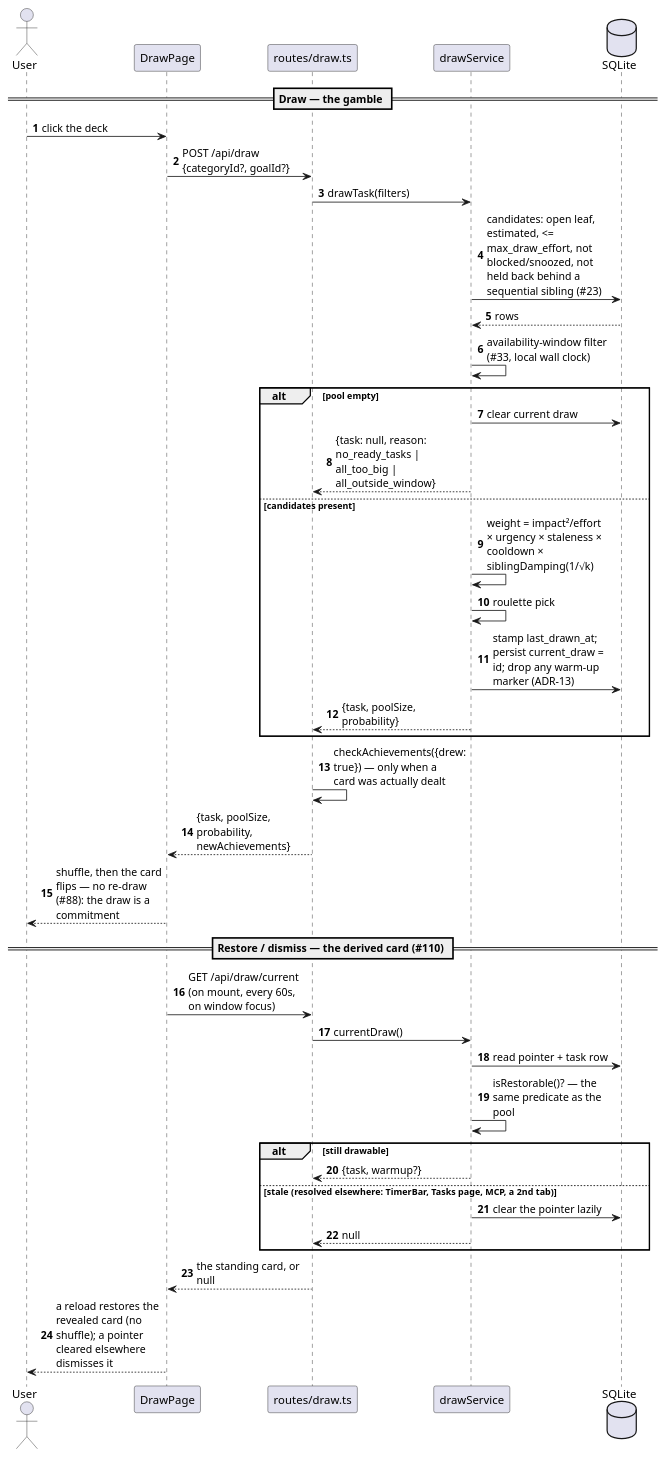
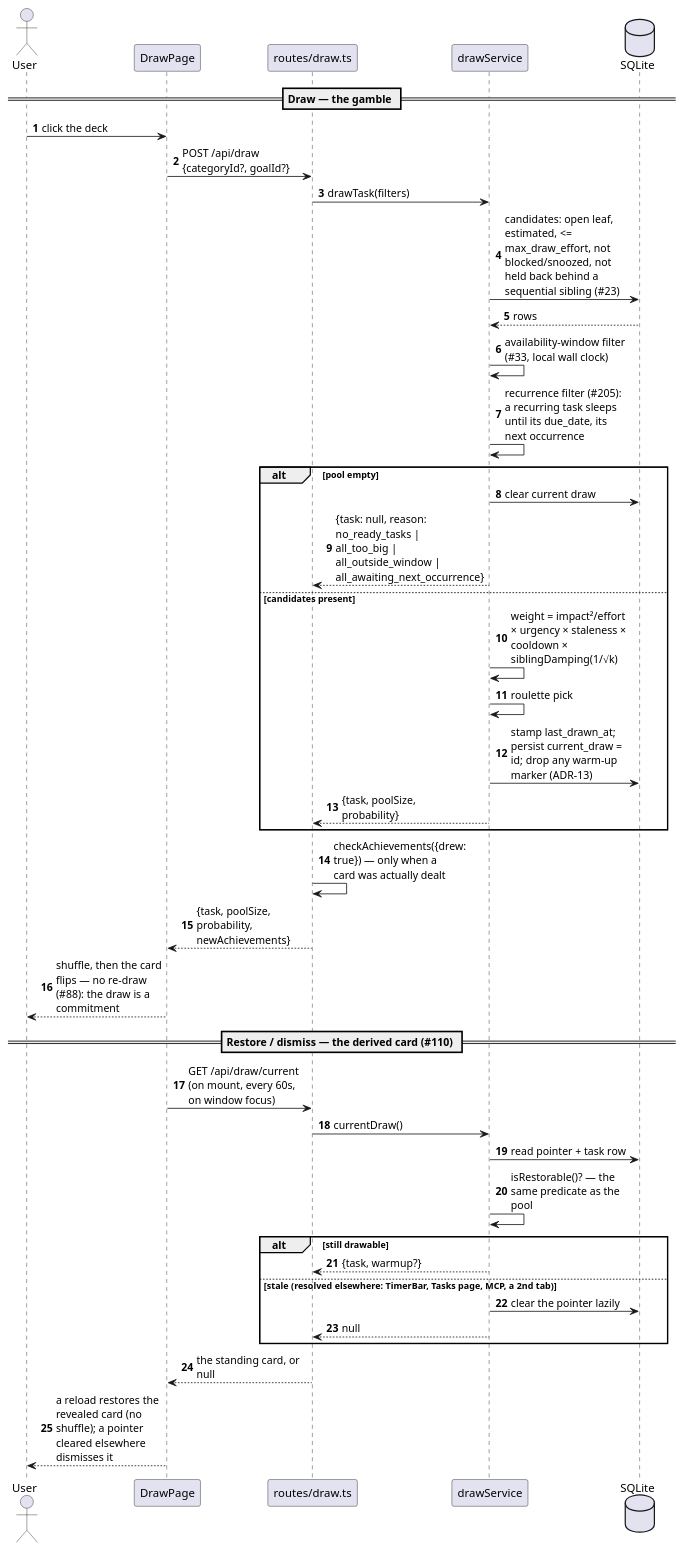
Before and after one commit to FelixGeisler/draw: the first of 3 diagrams in docs/modules/ROOT/pages/06_runtime_view.adoc, drawn with PlantUML. The commit also changed other lines of this file and 5 other files, not shown here.

```diff
--- a/docs/modules/ROOT/pages/06_runtime_view.adoc
+++ b/docs/modules/ROOT/pages/06_runtime_view.adoc
@@ -5,49 +5,50 @@
 [plantuml,runtime-draw,svg]
 ....
 @startuml
 skinparam shadowing false
 skinparam maxMessageSize 150
 skinparam sequenceMessageAlign left
 autonumber
 
 actor User
 participant "DrawPage" as UI
 participant "routes/draw.ts" as Route
 participant "drawService" as Draw
 database "SQLite" as DB
 
 == Draw — the gamble ==
 User -> UI : click the deck
 UI -> Route : POST /api/draw {categoryId?, goalId?}
 Route -> Draw : drawTask(filters)
 Draw -> DB : candidates: open leaf, estimated, <= max_draw_effort, not blocked/snoozed, not held back behind a sequential sibling (#23)
 DB --> Draw : rows
 Draw -> Draw : availability-window filter (#33, local wall clock)
+Draw -> Draw : recurrence filter (#205): a recurring task sleeps until its due_date, its next occurrence
 alt pool empty
   Draw -> DB : clear current draw
-  Draw --> Route : {task: null, reason: no_ready_tasks | all_too_big | all_outside_window}
+  Draw --> Route : {task: null, reason: no_ready_tasks | all_too_big | all_outside_window | all_awaiting_next_occurrence}
 else candidates present
   Draw -> Draw : weight = impact²/effort × urgency × staleness × cooldown × siblingDamping(1/√k)
   Draw -> Draw : roulette pick
   Draw -> DB : stamp last_drawn_at; persist current_draw = id; drop any warm-up marker (ADR-13)
   Draw --> Route : {task, poolSize, probability}
 end
 Route -> Route : checkAchievements({drew: true}) — only when a card was actually dealt
 Route --> UI : {task, poolSize, probability, newAchievements}
 UI --> User : shuffle, then the card flips — no re-draw (#88): the draw is a commitment
 
 == Restore / dismiss — the derived card (#110) ==
 UI -> Route : GET /api/draw/current (on mount, every 60s, on window focus)
 Route -> Draw : currentDraw()
 Draw -> DB : read pointer + task row
 Draw -> Draw : isRestorable()? — the same predicate as the pool
 alt still drawable
   Draw --> Route : {task, warmup?}
 else stale (resolved elsewhere: TimerBar, Tasks page, MCP, a 2nd tab)
   Draw -> DB : clear the pointer lazily
   Draw --> Route : null
 end
 Route --> UI : the standing card, or null
 UI --> User : a reload restores the revealed card (no shuffle); a pointer cleared elsewhere dismisses it
 @enduml
 ....
```
